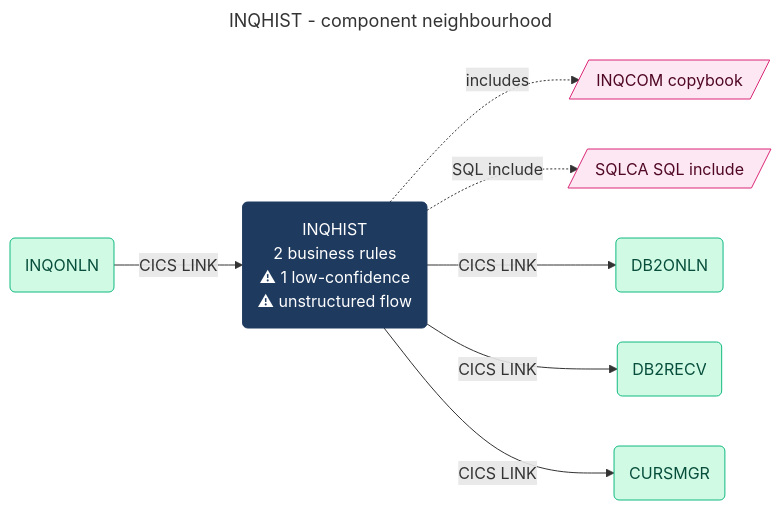
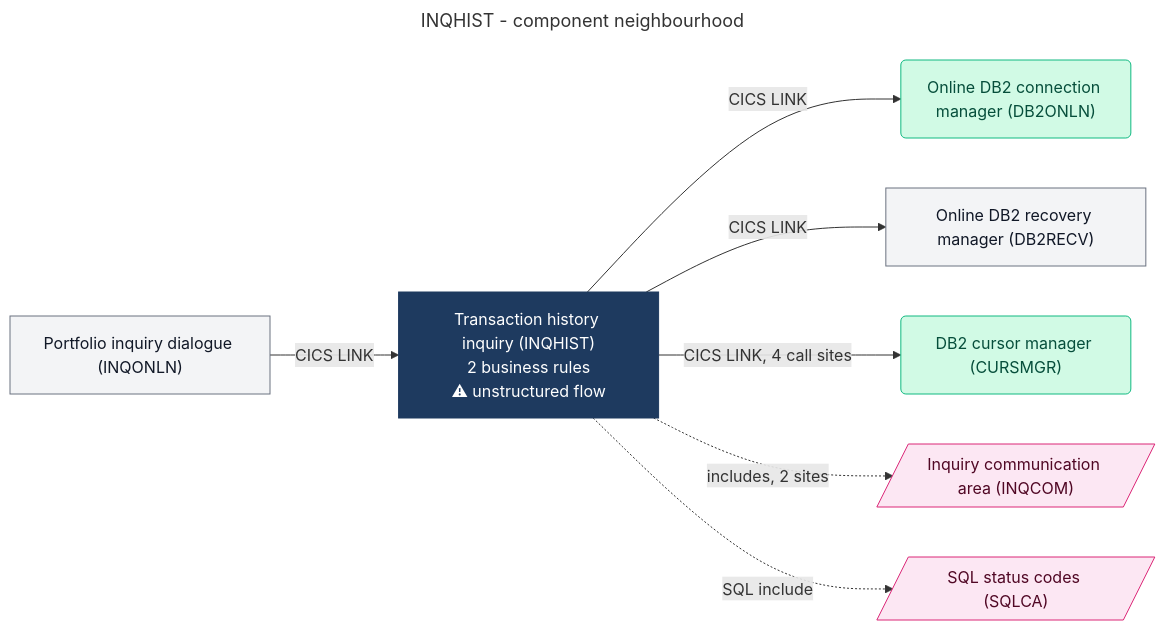
Before and after one commit to vighnasreevara/REVFORGE-Harness: the diagram in output/diagram/diagrams/component_INQHIST.mmd, drawn with Mermaid. The commit also changed 352 other files, not shown here.

```diff
--- a/output/diagram/diagrams/component_INQHIST.mmd
+++ b/output/diagram/diagrams/component_INQHIST.mmd
@@ -1,33 +1,41 @@
 ---
 title: INQHIST - component neighbourhood
 ---
 flowchart LR
   %% Generated by 6_diagram agent - component-mapper skill
-  %% Rank 2 of top 10 by total call_graph edge count (10)
+  %% Focal program INQHIST: rank 2 of the top 10 by inventory edge count (10 edges)
+  %% Edges: solid = confirmed; -.->|includes| = COPY or SQL INCLUDE (confirmed)
 
-  classDef online fill:#d1fae5,stroke:#10b981,color:#064e3b
-  classDef focal fill:#1e3a5f,stroke:#1e3a5f,color:#ffffff
+  classDef batch    fill:#dbeafe,stroke:#3b82f6,color:#1e3a5f
+  classDef online   fill:#d1fae5,stroke:#10b981,color:#064e3b
+  classDef datastore fill:#fef3c7,stroke:#f59e0b,color:#451a03
+  classDef focal    fill:#1e3a5f,stroke:#1e3a5f,color:#ffffff
   classDef copybook fill:#fce7f3,stroke:#db2777,color:#500724
+  classDef unclassified fill:#f3f4f6,stroke:#6b7280,color:#111827
 
   %% REVFORGE-ID INQHIST file_id=SYS-PORTFOLIO-001-FIL-0063 path_id=SYS-PORTFOLIO-001-PATH-0063
   %% REVFORGE-ID INQONLN file_id=SYS-PORTFOLIO-001-FIL-0064 path_id=SYS-PORTFOLIO-001-PATH-0064
   %% REVFORGE-ID DB2ONLN file_id=SYS-PORTFOLIO-001-FIL-0060 path_id=SYS-PORTFOLIO-001-PATH-0060
   %% REVFORGE-ID DB2RECV file_id=SYS-PORTFOLIO-001-FIL-0061 path_id=SYS-PORTFOLIO-001-PATH-0061
   %% REVFORGE-ID CURSMGR file_id=SYS-PORTFOLIO-001-FIL-0059 path_id=SYS-PORTFOLIO-001-PATH-0059
   %% REVFORGE-ID INQCOM file_id=SYS-PORTFOLIO-001-FIL-0020 path_id=SYS-PORTFOLIO-001-PATH-0020
   %% REVFORGE-ID SQLCA file_id=SYS-PORTFOLIO-001-FIL-0017 path_id=SYS-PORTFOLIO-001-PATH-0017
 
-  INQONLN("INQONLN"):::online
-  INQHIST("INQHIST<br/>2 business rules<br/>⚠ 1 low-confidence<br/>⚠ unstructured flow"):::focal
-  INQCOM[/"INQCOM copybook"/]:::copybook
-  SQLCA[/"SQLCA SQL include"/]:::copybook
-  DB2ONLN("DB2ONLN"):::online
-  DB2RECV("DB2RECV"):::online
-  CURSMGR("CURSMGR"):::online
+  INQONLN["Portfolio inquiry dialogue (INQONLN)"]:::unclassified
+  INQHIST["Transaction history inquiry (INQHIST)<br/>2 business rules<br/>⚠ unstructured flow"]:::focal
+  DB2ONLN("Online DB2 connection manager (DB2ONLN)"):::online
+  DB2RECV["Online DB2 recovery manager (DB2RECV)"]:::unclassified
+  CURSMGR("DB2 cursor manager (CURSMGR)"):::online
+  INQCOM[/"Inquiry communication area (INQCOM)"/]:::copybook
+  SQLCA[/"SQL status codes (SQLCA)"/]:::copybook
 
-  INQONLN -->|"CICS LINK"| INQHIST
-  INQHIST -.->|"includes"| INQCOM
-  INQHIST -.->|"SQL include"| SQLCA
-  INQHIST -->|"CICS LINK"| DB2ONLN
-  INQHIST -->|"CICS LINK"| DB2RECV
-  INQHIST -->|"CICS LINK"| CURSMGR
+  INQONLN -->|CICS LINK| INQHIST
+  INQHIST -->|CICS LINK| DB2ONLN
+  INQHIST -->|CICS LINK| DB2RECV
+  INQHIST -->|CICS LINK, 4 call sites| CURSMGR
+  INQHIST -.->|includes, 2 sites| INQCOM
+  INQHIST -.->|SQL include| SQLCA
+
+  %% No file I/O: INQHIST reads DB2 history only through CURSMGR cursor requests and sends map HISMAP
+  %% Rules: BR-070 (medium) Handle online DB2 connection failure by requesting DB2 recovery
+  %% Rules: BR-071 (medium, SME review) Handle DB2 recovery result in history inquiry
```
